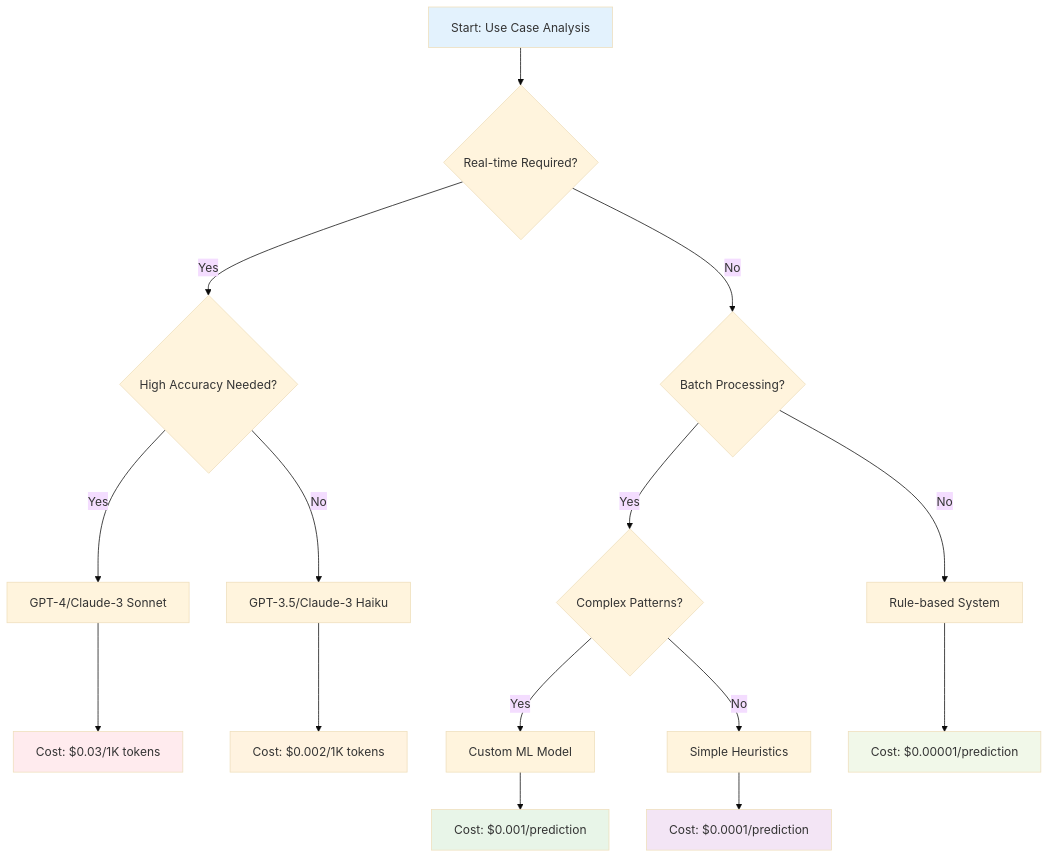
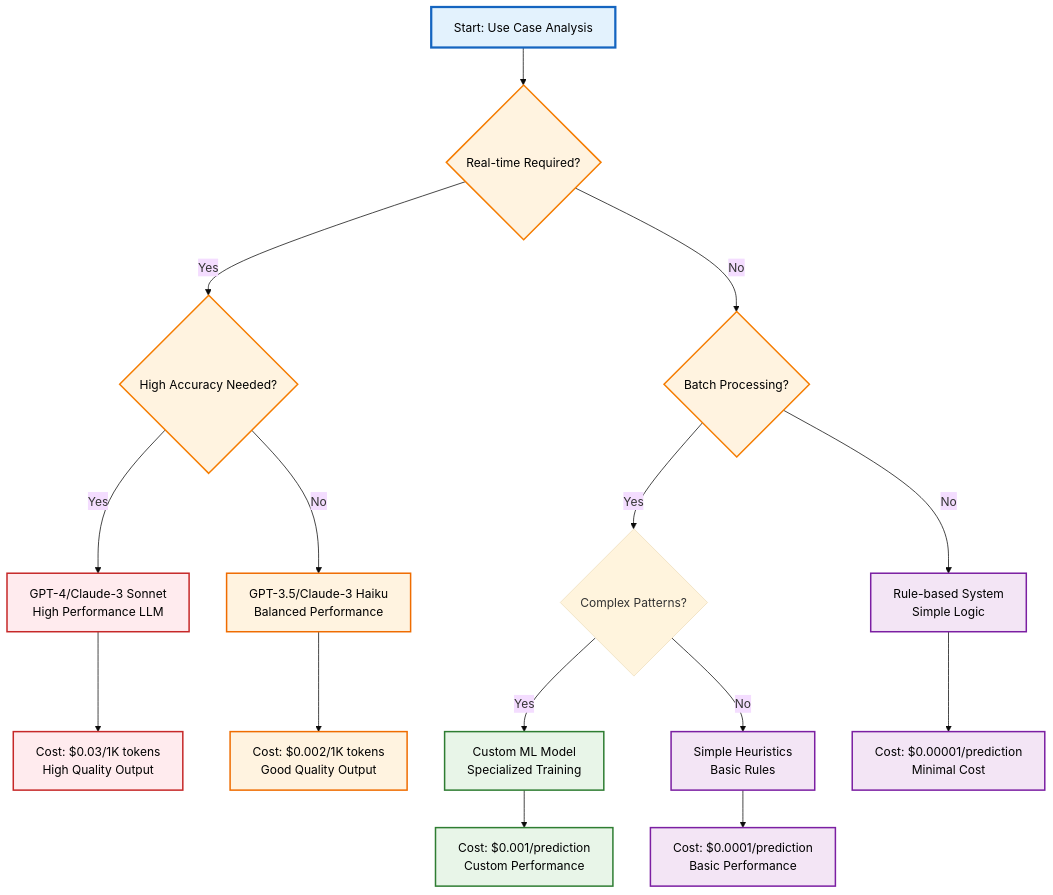
The diagram in extracted_diagrams/ai-roles-workflows-comprehensive_diagram_6.mmd (khaosans/articles), drawn with Mermaid (base theme) before and after one commit. The commit also changed 91 other files, not shown here.

```diff
--- a/extracted_diagrams/ai-roles-workflows-comprehensive_diagram_6.mmd
+++ b/extracted_diagrams/ai-roles-workflows-comprehensive_diagram_6.mmd
@@ -1,26 +1,35 @@
 graph TD
     A[Start: Use Case Analysis] --> B{Real-time Required?}
     B -->|Yes| C{High Accuracy Needed?}
     B -->|No| D{Batch Processing?}
     
-    C -->|Yes| E[GPT-4/Claude-3 Sonnet]
-    C -->|No| F[GPT-3.5/Claude-3 Haiku]
+    C -->|Yes| E[GPT-4/Claude-3 Sonnet<br/>High Performance LLM]
+    C -->|No| F[GPT-3.5/Claude-3 Haiku<br/>Balanced Performance]
     
     D -->|Yes| G{Complex Patterns?}
-    D -->|No| H[Rule-based System]
+    D -->|No| H[Rule-based System<br/>Simple Logic]
     
-    G -->|Yes| I[Custom ML Model]
-    G -->|No| J[Simple Heuristics]
+    G -->|Yes| I[Custom ML Model<br/>Specialized Training]
+    G -->|No| J[Simple Heuristics<br/>Basic Rules]
     
-    E --> K[Cost: $0.03/1K tokens]
-    F --> L[Cost: $0.002/1K tokens]
-    I --> M[Cost: $0.001/prediction]
-    J --> N[Cost: $0.0001/prediction]
-    H --> O[Cost: $0.00001/prediction]
+    E --> K[Cost: $0.03/1K tokens<br/>High Quality Output]
+    F --> L[Cost: $0.002/1K tokens<br/>Good Quality Output]
+    I --> M[Cost: $0.001/prediction<br/>Custom Performance]
+    J --> N[Cost: $0.0001/prediction<br/>Basic Performance]
+    H --> O[Cost: $0.00001/prediction<br/>Minimal Cost]
     
-    style A fill:#e3f2fd
-    style K fill:#ffebee
-    style L fill:#fff3e0
-    style M fill:#e8f5e8
-    style N fill:#f3e5f5
-    style O fill:#f1f8e9
+    %% Enhanced styling with better visual hierarchy
+    classDef start fill:#e3f2fd,stroke:#1565c0,stroke-width:3px,color:#000
+    classDef decision fill:#fff3e0,stroke:#f57c00,stroke-width:2px,color:#000
+    classDef highCost fill:#ffebee,stroke:#c62828,stroke-width:2px,color:#000
+    classDef mediumCost fill:#fff3e0,stroke:#ef6c00,stroke-width:2px,color:#000
+    classDef lowCost fill:#e8f5e8,stroke:#2e7d32,stroke-width:2px,color:#000
+    classDef lowestCost fill:#f3e5f5,stroke:#7b1fa2,stroke-width:2px,color:#000
+    
+    class A start
+    class B,C,D decision
+    class E,K highCost
+    class F,L mediumCost
+    class I,M lowCost
+    class J,N lowestCost
+    class H,O lowestCost
```
